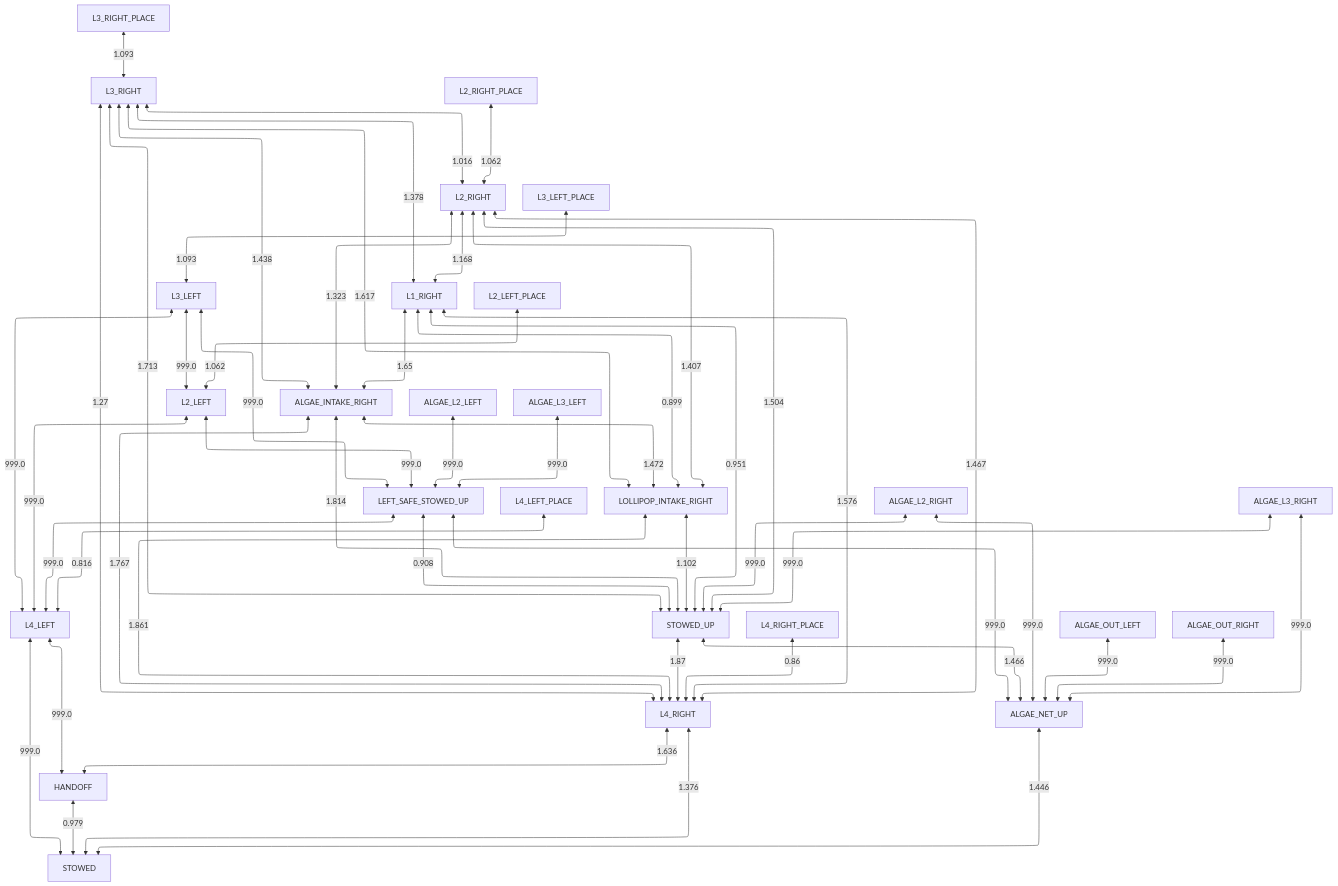
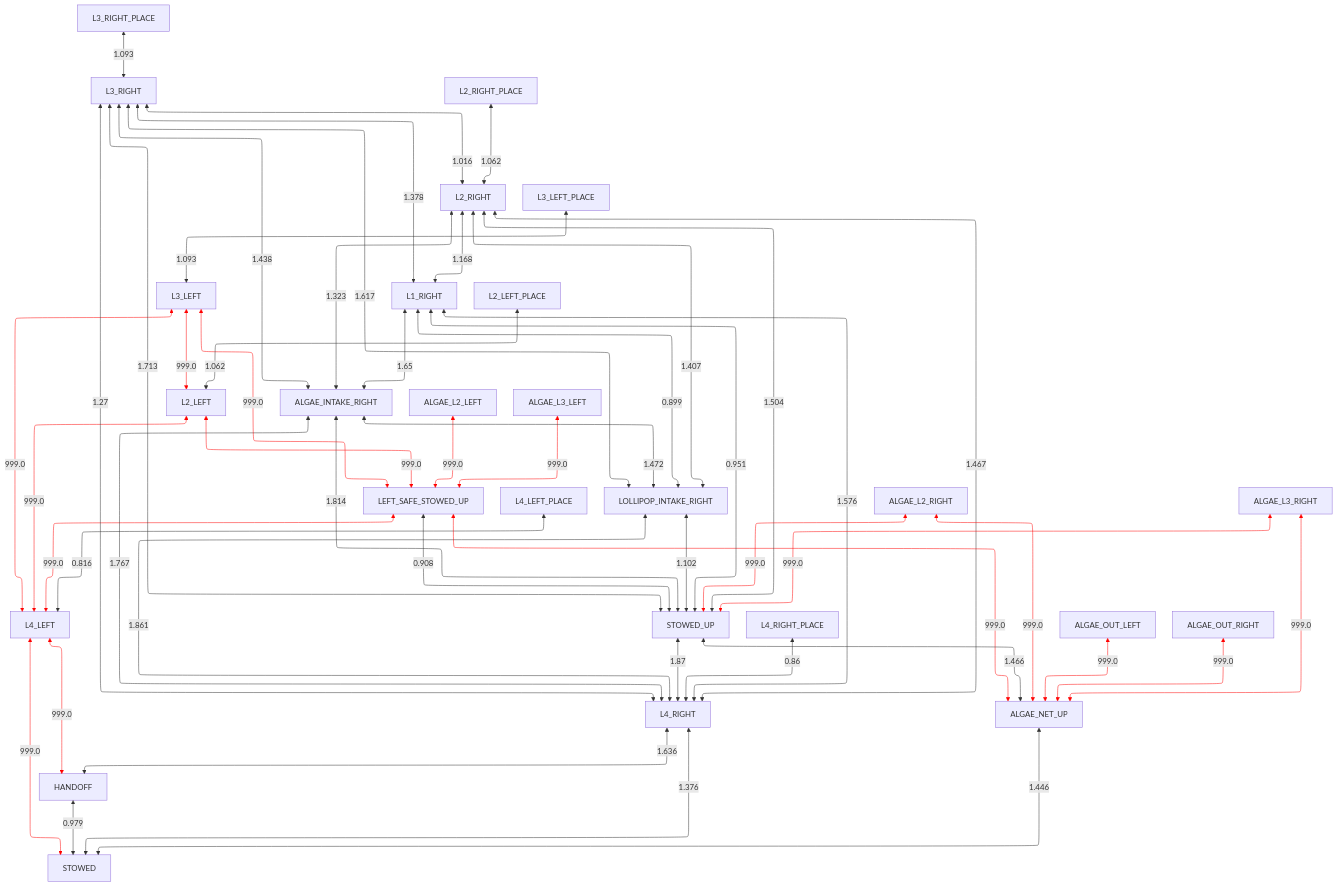
The diagram in docs/collision_avoidance/left_obstructed.md (team581/offseason-2025-comp), drawn with Mermaid before and after one commit. The commit also changed 2 other files, not shown here.

Commit message:
Render impossible collision avoidance graph edges as red

````diff
--- a/docs/collision_avoidance/left_obstructed.md
+++ b/docs/collision_avoidance/left_obstructed.md
@@ -3,55 +3,57 @@
 ```mermaid
 %%{ init: { "flowchart": { "defaultRenderer": "elk" } } }%%
 graph TD
 
 HANDOFF <-- 0.979 --> STOWED
 L4_LEFT <-- 999.0 --> STOWED
 L4_RIGHT <-- 1.376 --> STOWED
 ALGAE_NET_UP <-- 1.446 --> STOWED
 L4_LEFT <-- 999.0 --> HANDOFF
 L4_RIGHT <-- 1.636 --> HANDOFF
 LEFT_SAFE_STOWED_UP <-- 999.0 --> L4_LEFT
 L2_LEFT <-- 999.0 --> L4_LEFT
 L3_LEFT <-- 999.0 --> L4_LEFT
 L4_LEFT_PLACE <-- 0.816 --> L4_LEFT
 STOWED_UP <-- 1.87 --> L4_RIGHT
 ALGAE_INTAKE_RIGHT <-- 1.767 --> L4_RIGHT
 LOLLIPOP_INTAKE_RIGHT <-- 1.861 --> L4_RIGHT
 L1_RIGHT <-- 1.576 --> L4_RIGHT
 L2_RIGHT <-- 1.467 --> L4_RIGHT
 L3_RIGHT <-- 1.27 --> L4_RIGHT
 L4_RIGHT_PLACE <-- 0.86 --> L4_RIGHT
 LEFT_SAFE_STOWED_UP <-- 999.0 --> ALGAE_NET_UP
 STOWED_UP <-- 1.466 --> ALGAE_NET_UP
 ALGAE_OUT_LEFT <-- 999.0 --> ALGAE_NET_UP
 ALGAE_OUT_RIGHT <-- 999.0 --> ALGAE_NET_UP
 ALGAE_L2_RIGHT <-- 999.0 --> ALGAE_NET_UP
 ALGAE_L3_RIGHT <-- 999.0 --> ALGAE_NET_UP
 LEFT_SAFE_STOWED_UP <-- 0.908 --> STOWED_UP
 LOLLIPOP_INTAKE_RIGHT <-- 1.102 --> STOWED_UP
 ALGAE_INTAKE_RIGHT <-- 1.814 --> STOWED_UP
 L1_RIGHT <-- 0.951 --> STOWED_UP
 L2_RIGHT <-- 1.504 --> STOWED_UP
 L3_RIGHT <-- 1.713 --> STOWED_UP
 ALGAE_L2_RIGHT <-- 999.0 --> STOWED_UP
 ALGAE_L3_RIGHT <-- 999.0 --> STOWED_UP
 L2_LEFT <-- 999.0 --> LEFT_SAFE_STOWED_UP
 L3_LEFT <-- 999.0 --> LEFT_SAFE_STOWED_UP
 ALGAE_L2_LEFT <-- 999.0 --> LEFT_SAFE_STOWED_UP
 ALGAE_L3_LEFT <-- 999.0 --> LEFT_SAFE_STOWED_UP
 ALGAE_INTAKE_RIGHT <-- 1.472 --> LOLLIPOP_INTAKE_RIGHT
 L1_RIGHT <-- 0.899 --> LOLLIPOP_INTAKE_RIGHT
 L2_RIGHT <-- 1.407 --> LOLLIPOP_INTAKE_RIGHT
 L3_RIGHT <-- 1.617 --> LOLLIPOP_INTAKE_RIGHT
 L1_RIGHT <-- 1.65 --> ALGAE_INTAKE_RIGHT
 L2_RIGHT <-- 1.323 --> ALGAE_INTAKE_RIGHT
 L3_RIGHT <-- 1.438 --> ALGAE_INTAKE_RIGHT
 L3_LEFT <-- 999.0 --> L2_LEFT
 L2_LEFT_PLACE <-- 1.062 --> L2_LEFT
 L3_LEFT_PLACE <-- 1.093 --> L3_LEFT
 L2_RIGHT <-- 1.168 --> L1_RIGHT
 L3_RIGHT <-- 1.378 --> L1_RIGHT
 L3_RIGHT <-- 1.016 --> L2_RIGHT
 L2_RIGHT_PLACE <-- 1.062 --> L2_RIGHT
 L3_RIGHT_PLACE <-- 1.093 --> L3_RIGHT
+
+linkStyle 1,4,6,7,8,17,19,20,21,22,29,30,31,32,33,34,42 stroke:red;
 ```
````
